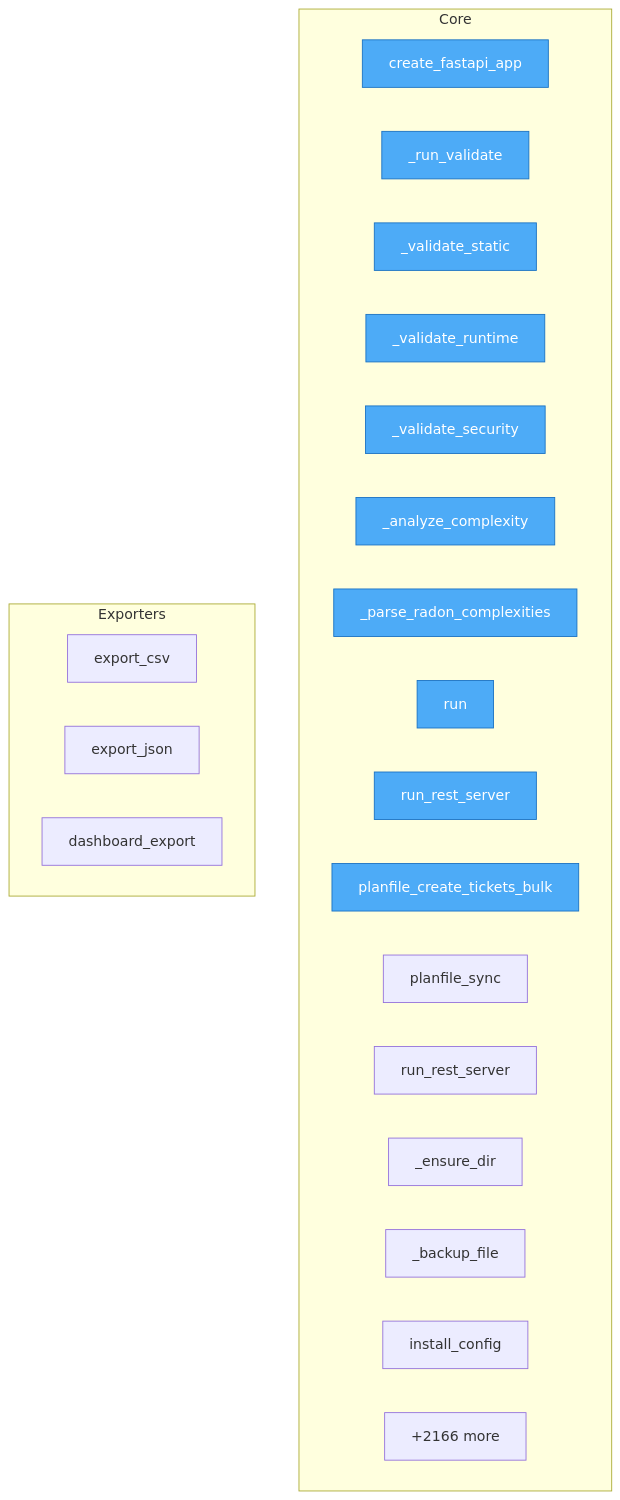
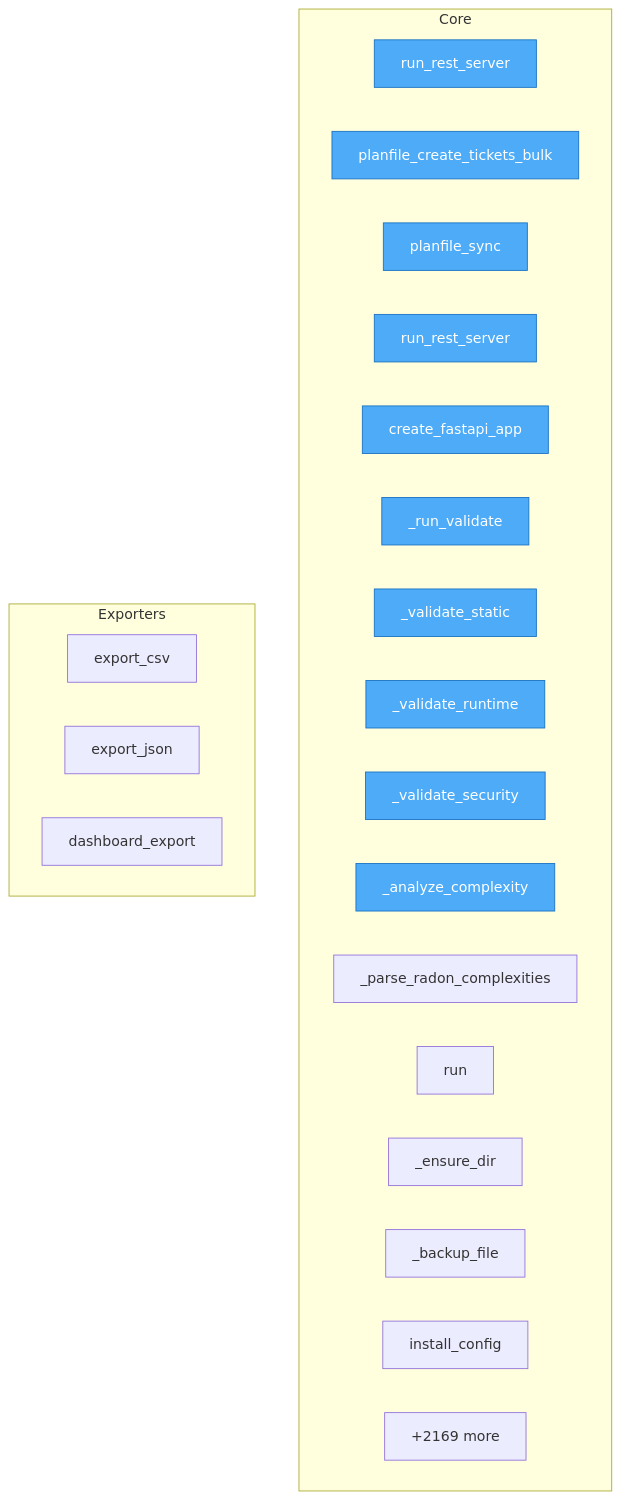
Before and after one commit to semcod/algitex: the diagram in project/flow.mmd, drawn with Mermaid. The commit also changed 133 other files, not shown here.

```diff
--- a/project/flow.mmd
+++ b/project/flow.mmd
@@ -1,31 +1,31 @@
 flowchart TD
 
     %% Entry points (blue)
     classDef entry fill:#4dabf7,stroke:#1971c2,color:#fff
 
     subgraph Core
+        N___algitex__backups__batch_20260328_142940__docker__aider_mcp__aider_mcp_server__run_rest_server["run_rest_server"]
+        N___algitex__backups__batch_20260328_142940__docker__planfile_mcp__planfile_mcp_server__planfile_create_tickets_bulk["planfile_create_tickets_bulk"]
+        N___algitex__backups__batch_20260328_142940__docker__planfile_mcp__planfile_mcp_server__planfile_sync["planfile_sync"]
+        N___algitex__backups__batch_20260328_142940__docker__planfile_mcp__planfile_mcp_server__run_rest_server["run_rest_server"]
         N___algitex__backups__batch_20260328_142940__docker__vallm__vallm_server__VallmServer__create_fastapi_app["create_fastapi_app"]
         N___algitex__backups__batch_20260328_142940__docker__vallm__vallm_server__VallmServer___run_validate["_run_validate"]
         N___algitex__backups__batch_20260328_142940__docker__vallm__vallm_server__VallmServer___validate_static["_validate_static"]
         N___algitex__backups__batch_20260328_142940__docker__vallm__vallm_server__VallmServer___validate_runtime["_validate_runtime"]
         N___algitex__backups__batch_20260328_142940__docker__vallm__vallm_server__VallmServer___validate_security["_validate_security"]
         N___algitex__backups__batch_20260328_142940__docker__vallm__vallm_server__VallmServer___analyze_complexity["_analyze_complexity"]
         N___algitex__backups__batch_20260328_142940__docker__vallm__vallm_server__VallmServer___parse_radon_complexities["_parse_radon_complexities"]
         N___algitex__backups__batch_20260328_142940__docker__vallm__vallm_server__VallmServer__run["run"]
-        N___algitex__backups__batch_20260328_142940__docker__aider_mcp__aider_mcp_server__run_rest_server["run_rest_server"]
-        N___algitex__backups__batch_20260328_142940__docker__planfile_mcp__planfile_mcp_server__planfile_create_tickets_bulk["planfile_create_tickets_bulk"]
-        N___algitex__backups__batch_20260328_142940__docker__planfile_mcp__planfile_mcp_server__planfile_sync["planfile_sync"]
-        N___algitex__backups__batch_20260328_142940__docker__planfile_mcp__planfile_mcp_server__run_rest_server["run_rest_server"]
         N___algitex__backups__batch_20260328_142940__src__algitex__tools__config__ConfigManager___ensure_dir["_ensure_dir"]
         N___algitex__backups__batch_20260328_142940__src__algitex__tools__config__ConfigManager___backup_file["_backup_file"]
         N___algitex__backups__batch_20260328_142940__src__algitex__tools__config__ConfigManager__install_config["install_config"]
-        ...["+2166 more"]
+        ...["+2169 more"]
     end
 
     subgraph Exporters
         src__algitex__metrics__MetricsReporter__export_csv["export_csv"]
         src__algitex__benchmark__BenchmarkRunner__export_json["export_json"]
         src__algitex__cli__dashboard__dashboard_export["dashboard_export"]
     end
 
-    class N___algitex__backups__batch_20260328_142940__docker__vallm__vallm_server__VallmServer__create_fastapi_app,N___algitex__backups__batch_20260328_142940__docker__vallm__vallm_server__VallmServer___run_validate,N___algitex__backups__batch_20260328_142940__docker__vallm__vallm_server__VallmServer___validate_static,N___algitex__backups__batch_20260328_142940__docker__vallm__vallm_server__VallmServer___validate_runtime,N___algitex__backups__batch_20260328_142940__docker__vallm__vallm_server__VallmServer___validate_security,N___algitex__backups__batch_20260328_142940__docker__vallm__vallm_server__VallmServer___analyze_complexity,N___algitex__backups__batch_20260328_142940__docker__vallm__vallm_server__VallmServer___parse_radon_complexities,N___algitex__backups__batch_20260328_142940__docker__vallm__vallm_server__VallmServer__run,N___algitex__backups__batch_20260328_142940__docker__aider_mcp__aider_mcp_server__run_rest_server,N___algitex__backups__batch_20260328_142940__docker__planfile_mcp__planfile_mcp_server__planfile_create_tickets_bulk entry
+    class N___algitex__backups__batch_20260328_142940__docker__aider_mcp__aider_mcp_server__run_rest_server,N___algitex__backups__batch_20260328_142940__docker__planfile_mcp__planfile_mcp_server__planfile_create_tickets_bulk,N___algitex__backups__batch_20260328_142940__docker__planfile_mcp__planfile_mcp_server__planfile_sync,N___algitex__backups__batch_20260328_142940__docker__planfile_mcp__planfile_mcp_server__run_rest_server,N___algitex__backups__batch_20260328_142940__docker__vallm__vallm_server__VallmServer__create_fastapi_app,N___algitex__backups__batch_20260328_142940__docker__vallm__vallm_server__VallmServer___run_validate,N___algitex__backups__batch_20260328_142940__docker__vallm__vallm_server__VallmServer___validate_static,N___algitex__backups__batch_20260328_142940__docker__vallm__vallm_server__VallmServer___validate_runtime,N___algitex__backups__batch_20260328_142940__docker__vallm__vallm_server__VallmServer___validate_security,N___algitex__backups__batch_20260328_142940__docker__vallm__vallm_server__VallmServer___analyze_complexity entry
```
